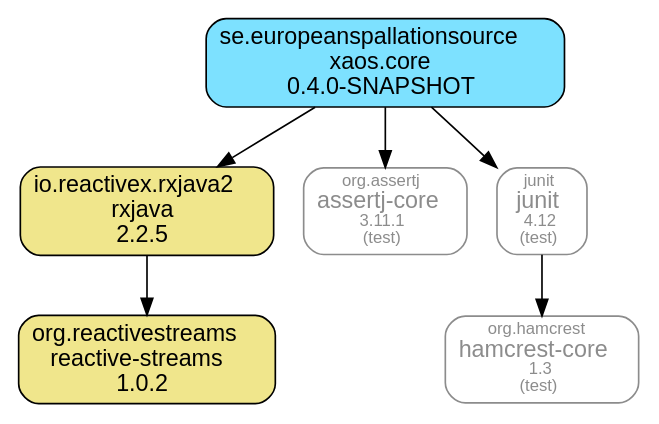
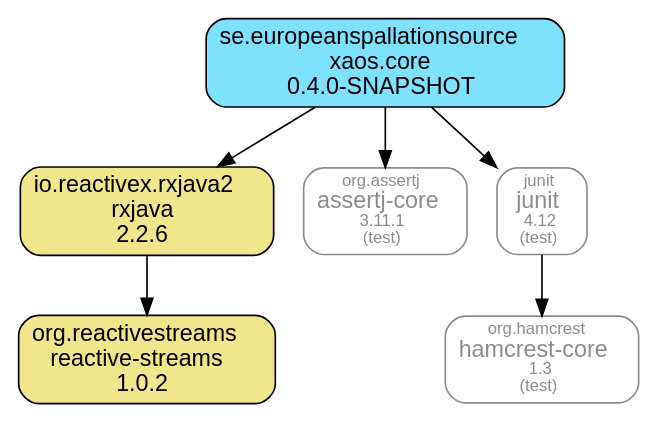
Before and after one commit to ESSICS/XAOS: the diagram in xaos.core.module/doc/maven-dependencies.dot, drawn with Graphviz. The commit also changed 37 other files, not shown here.

```diff
--- a/xaos.core.module/doc/maven-dependencies.dot
+++ b/xaos.core.module/doc/maven-dependencies.dot
@@ -1,19 +1,19 @@
 digraph "xaos.core" {
   node [shape="box",style="rounded",fontname="Helvetica",fontsize="14"]
   edge [fontsize="10",fontname="Helvetica"]
 
   // Node Definitions:
-  "io.reactivex.rxjava2:rxjava:jar"[shape="box",style="rounded, filled",fillcolor="khaki",label=<io.reactivex.rxjava2<br/>rxjava<br/>2.2.5>]
+  "io.reactivex.rxjava2:rxjava:jar"[shape="box",style="rounded, filled",fillcolor="khaki",label=<io.reactivex.rxjava2<br/>rxjava<br/>2.2.6>]
   "org.reactivestreams:reactive-streams:jar"[shape="box",style="rounded, filled",fillcolor="khaki",label=<org.reactivestreams<br/>reactive-streams<br/>1.0.2>]
   "se.europeanspallationsource:xaos.core:jar"[shape="box",style="rounded, filled",fillcolor="#7DE1FF",label=<se.europeanspallationsource<br/>xaos.core<br/>0.4.0-SNAPSHOT>]
   "org.assertj:assertj-core:jar"[shape="box",style="rounded",color="grey55",fontname="Helvetica",fontsize="14",fontcolor="grey55",label=<<font color="grey55" point-size="10">org.assertj</font><br/>assertj-core<font color="grey55" point-size="10"><br/>3.11.1</font><font color="grey55" point-size="10"><br/>(test)</font>>]
   "junit:junit:jar"[shape="box",style="rounded",color="grey55",fontname="Helvetica",fontsize="14",fontcolor="grey55",label=<<font color="grey55" point-size="10">junit</font><br/>junit<font color="grey55" point-size="10"><br/>4.12</font><font color="grey55" point-size="10"><br/>(test)</font>>]
   "org.hamcrest:hamcrest-core:jar"[shape="box",style="rounded",color="grey55",fontname="Helvetica",fontsize="14",fontcolor="grey55",label=<<font color="grey55" point-size="10">org.hamcrest</font><br/>hamcrest-core<font color="grey55" point-size="10"><br/>1.3</font><font color="grey55" point-size="10"><br/>(test)</font>>]
 
   // Edge Definitions:
   "io.reactivex.rxjava2:rxjava:jar" -> "org.reactivestreams:reactive-streams:jar"
   "se.europeanspallationsource:xaos.core:jar" -> "io.reactivex.rxjava2:rxjava:jar"
   "se.europeanspallationsource:xaos.core:jar" -> "org.assertj:assertj-core:jar"
   "junit:junit:jar" -> "org.hamcrest:hamcrest-core:jar"
   "se.europeanspallationsource:xaos.core:jar" -> "junit:junit:jar"
 }
```
